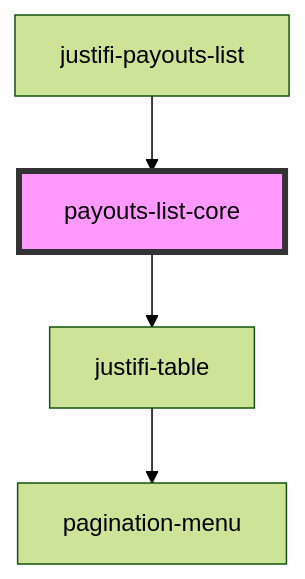
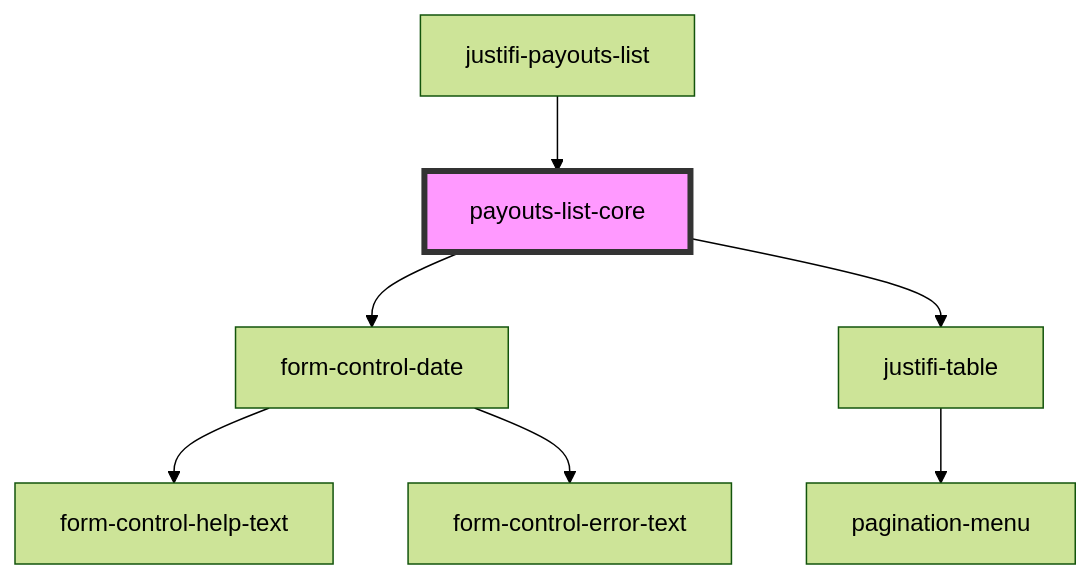
The diagram in packages/webcomponents/src/components/payouts-list/readme.md (justifi-tech/web-component-library), drawn with Mermaid (forest theme) before and after one commit. The commit also changed other lines of this file and 3 other files, not shown here.

````diff
--- a/packages/webcomponents/src/components/payouts-list/readme.md
+++ b/packages/webcomponents/src/components/payouts-list/readme.md
@@ -34,7 +36,10 @@
 ```mermaid
 graph TD;
+  payouts-list-core --> form-control-date
   payouts-list-core --> justifi-table
+  form-control-date --> form-control-help-text
+  form-control-date --> form-control-error-text
   justifi-table --> pagination-menu
   justifi-payouts-list --> payouts-list-core
   style payouts-list-core fill:#f9f,stroke:#333,stroke-width:4px
 ```
````
